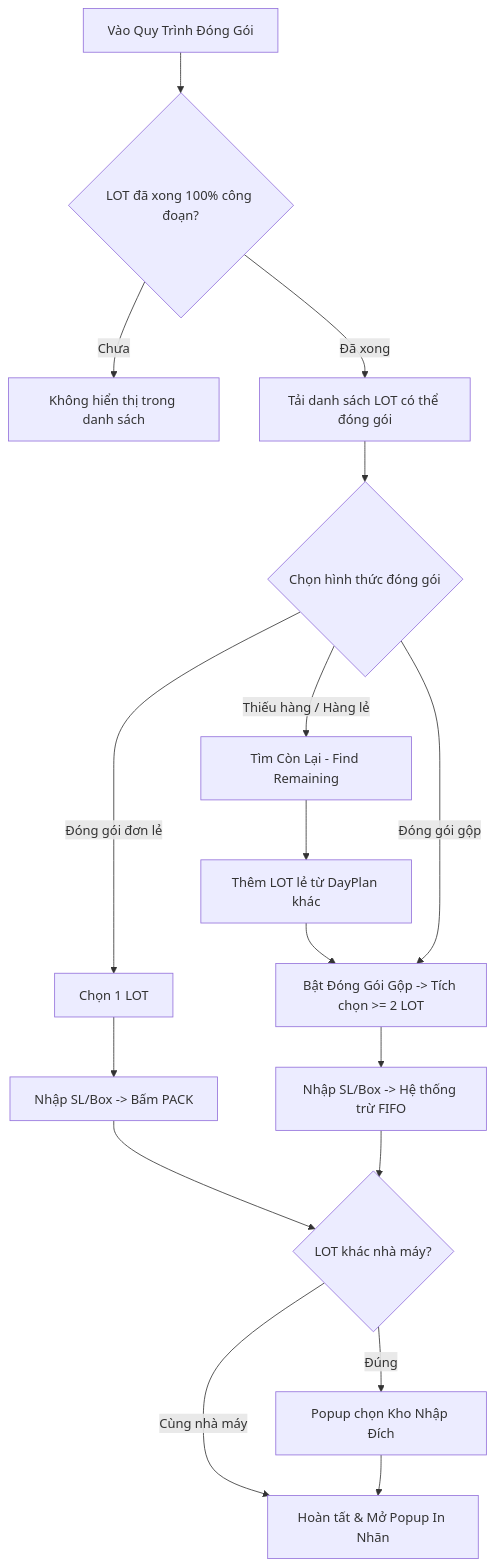
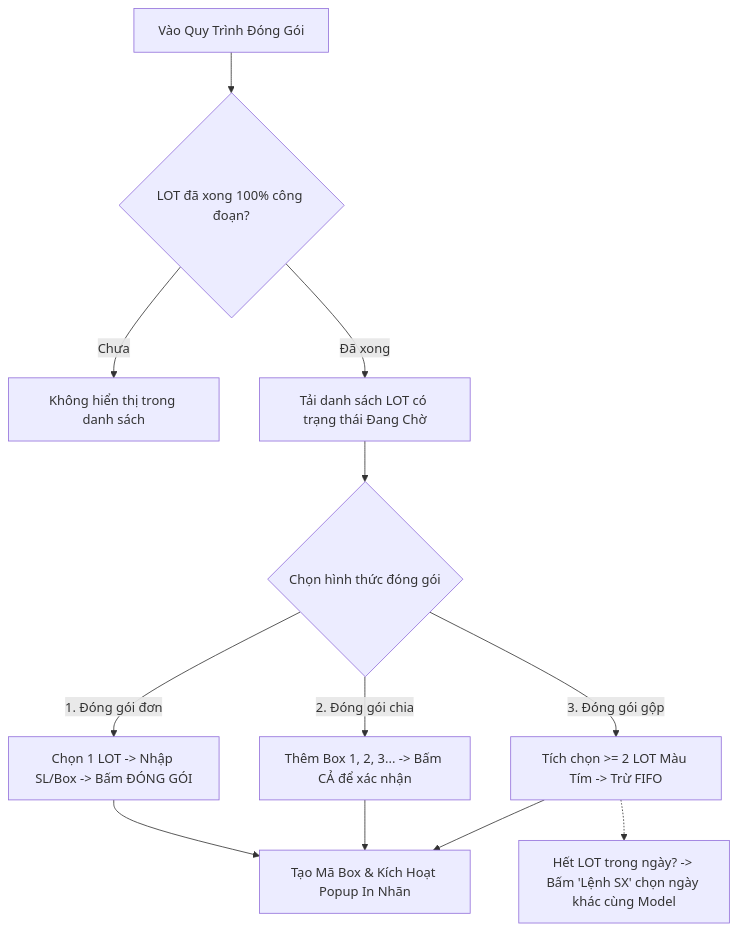
Before and after one commit to Poyken/vinatech: the third of 6 diagrams in PROCESS/MES_LEGACY_BACKUP/POP_KNOWLEDGE_BASE/POP_USER_MANUAL.md, drawn with Mermaid. The commit also changed other lines of this file and 54 other files, not shown here.

````diff
--- a/PROCESS/MES_LEGACY_BACKUP/POP_KNOWLEDGE_BASE/POP_USER_MANUAL.md
+++ b/PROCESS/MES_LEGACY_BACKUP/POP_KNOWLEDGE_BASE/POP_USER_MANUAL.md
@@ -241,25 +299,18 @@
 ```mermaid
 flowchart TD
     PACK_START[Vào Quy Trình Đóng Gói] --> COND{LOT đã xong 100% công đoạn?}
     COND -- Chưa --> HIDE[Không hiển thị trong danh sách]
-    COND -- Đã xong --> LOAD[Tải danh sách LOT có thể đóng gói]
+    COND -- Đã xong --> LOAD[Tải danh sách LOT có trạng thái Đang Chờ]
     
     LOAD --> CHOICE{Chọn hình thức đóng gói}
     
-    CHOICE -- Đóng gói đơn lẻ --> S1[Chọn 1 LOT]
-    S1 --> S2[Nhập SL/Box -> Bấm PACK]
+    CHOICE -- 1. Đóng gói đơn --> S1[Chọn 1 LOT -> Nhập SL/Box -> Bấm ĐÓNG GÓI]
+    CHOICE -- 2. Đóng gói chia --> S2[Thêm Box 1, 2, 3... -> Bấm CẢ để xác nhận]
+    CHOICE -- 3. Đóng gói gộp --> S3[Tích chọn >= 2 LOT Màu Tím -> Trừ FIFO]
     
-    CHOICE -- Thiếu hàng / Hàng lẻ --> FIND[Tìm Còn Lại - Find Remaining]
-    FIND --> ADD[Thêm LOT lẻ từ DayPlan khác]
-    ADD --> MERGE
+    S3 -.-> S3_CROSS[Hết LOT trong ngày? -> Bấm 'Lệnh SX' chọn ngày khác cùng Model]
     
-    CHOICE -- Đóng gói gộp --> MERGE[Bật Đóng Gói Gộp -> Tích chọn >= 2 LOT]
-    MERGE --> M_QTY[Nhập SL/Box -> Hệ thống trừ FIFO]
-    
-    S2 --> CROSS_CHECK{LOT khác nhà máy?}
-    M_QTY --> CROSS_CHECK
-    
-    CROSS_CHECK -- Đúng --> WH[Popup chọn Kho Nhập Đích]
-    CROSS_CHECK -- Cùng nhà máy --> PRINT[Hoàn tất & Mở Popup In Nhãn]
-    WH --> PRINT
+    S1 --> FINISH[Tạo Mã Box & Kích Hoạt Popup In Nhãn]
+    S2 --> FINISH
+    S3 --> FINISH
 ```
````
